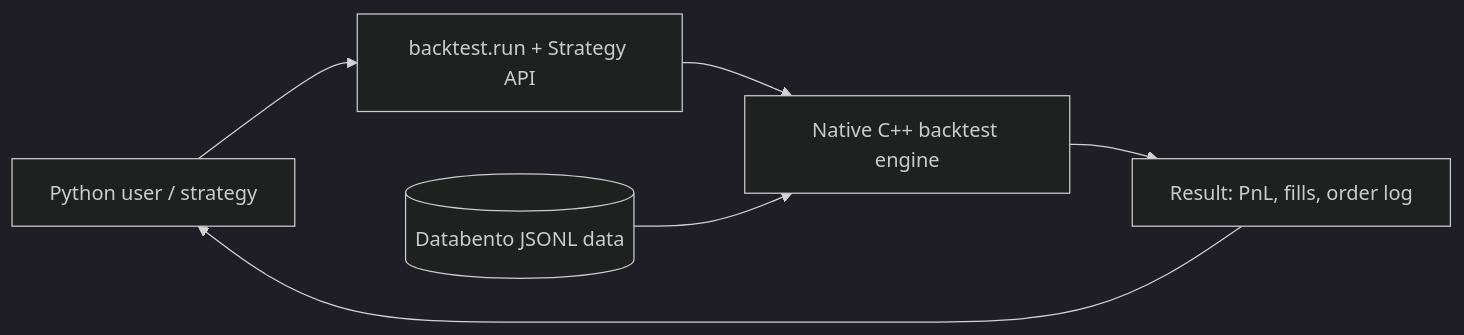
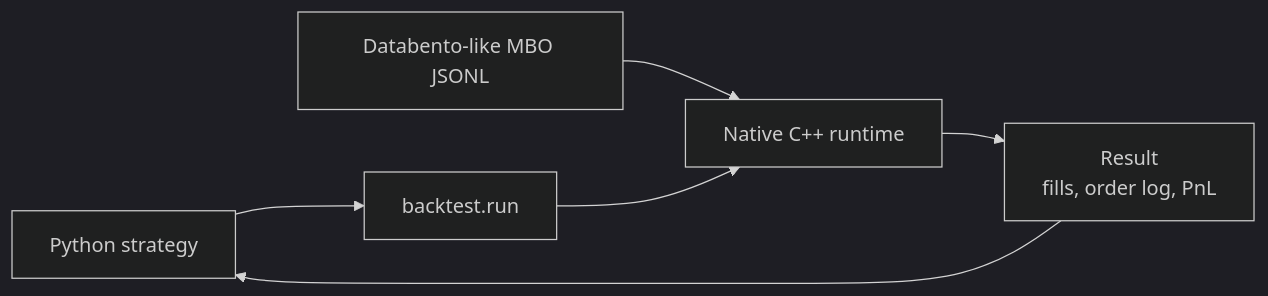
Before and after one commit to axxeny/back-tester-2026: the first of 4 diagrams in docs/hw4/architecture/02_context_and_containers.md, drawn with Mermaid (dark theme). The commit also changed other lines of this file and 60 other files, not shown here.

````diff
--- a/docs/hw4/architecture/02_context_and_containers.md
+++ b/docs/hw4/architecture/02_context_and_containers.md
@@ -5,12 +5,13 @@
 ```mermaid
 flowchart LR
-    USER["Python user / strategy"]
-    DATA[("Databento JSONL data")]
-    API["backtest.run + Strategy API"]
-    NATIVE["Native C++ backtest engine"]
-    RESULT["Result: PnL, fills, order log"]
+    USER["Python strategy"]
+    DATA["Databento-like MBO JSONL"]
+    API["backtest.run"]
+    NATIVE["Native C++ runtime"]
+    RESULT["Result<br/>fills, order log, PnL"]
 
-    USER --> API --> NATIVE
+    USER --> API
     DATA --> NATIVE
+    API --> NATIVE
     NATIVE --> RESULT --> USER
 ```
````
